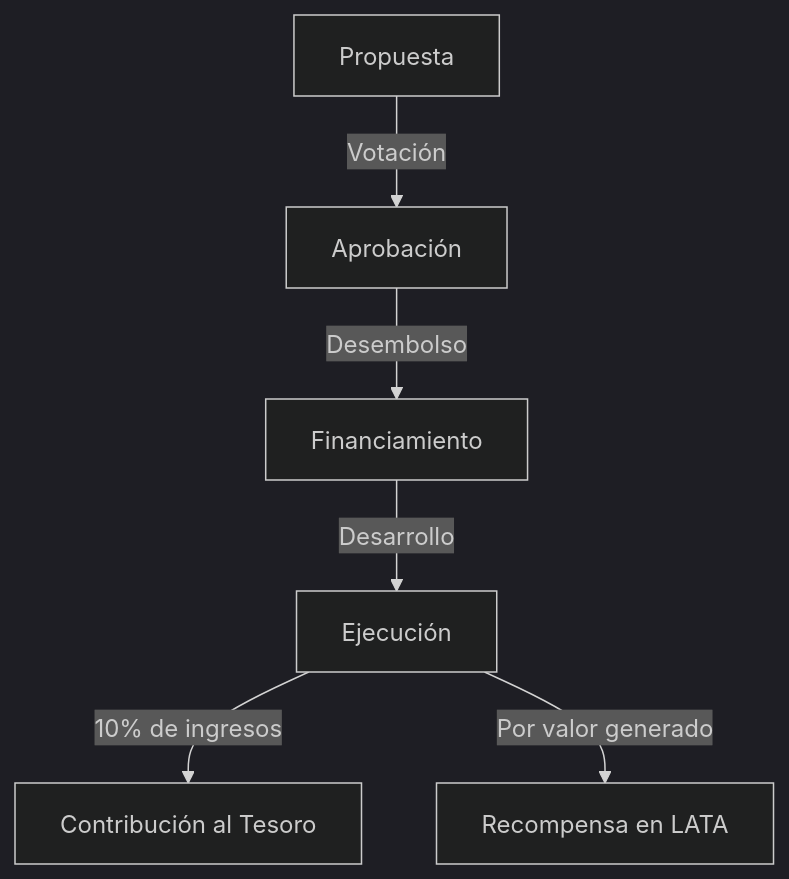
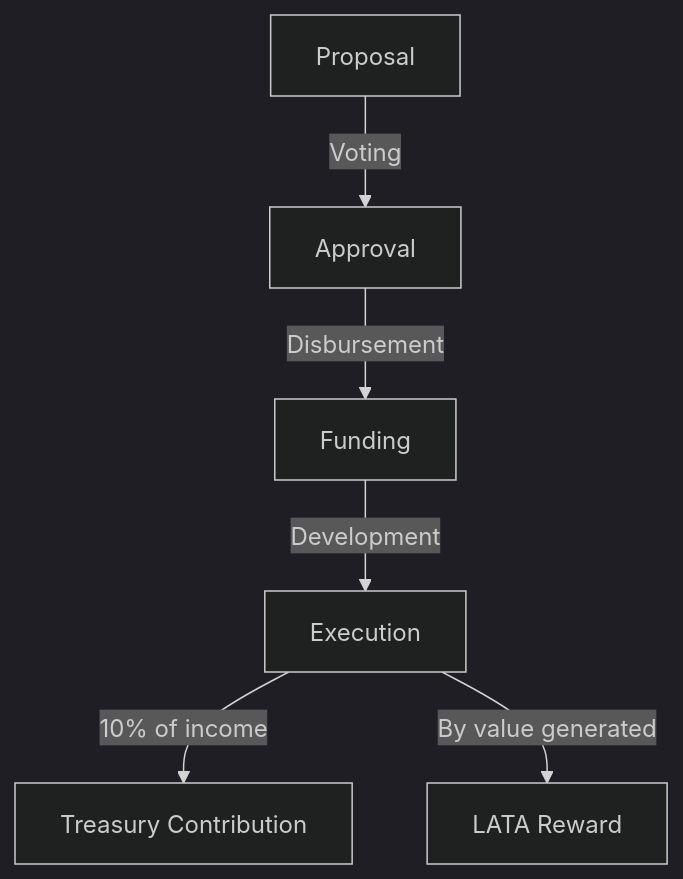
Before and after one commit to eth-ecuador/eth-ecuador-dao: the seventh of 7 diagrams in YellowPaper.md, drawn with Mermaid (dark theme). The commit also changed other lines of this file, not shown here.

````diff
--- a/YellowPaper.md
+++ b/YellowPaper.md
@@ -285,8 +311,8 @@
 ```mermaid
 graph TB
-    A[Propuesta] -->|Votación| B[Aprobación]
-    B -->|Desembolso| C[Financiamiento]
-    C -->|Desarrollo| D[Ejecución]
-    D -->|10% de ingresos| E[Contribución al Tesoro]
-    D -->|Por valor generado| F[Recompensa en LATA]
+    A[Proposal] -->|Voting| B[Approval]
+    B -->|Disbursement| C[Funding]
+    C -->|Development| D[Execution]
+    D -->|10% of income| E[Treasury Contribution]
+    D -->|By value generated| F[LATA Reward]
 ```
````
